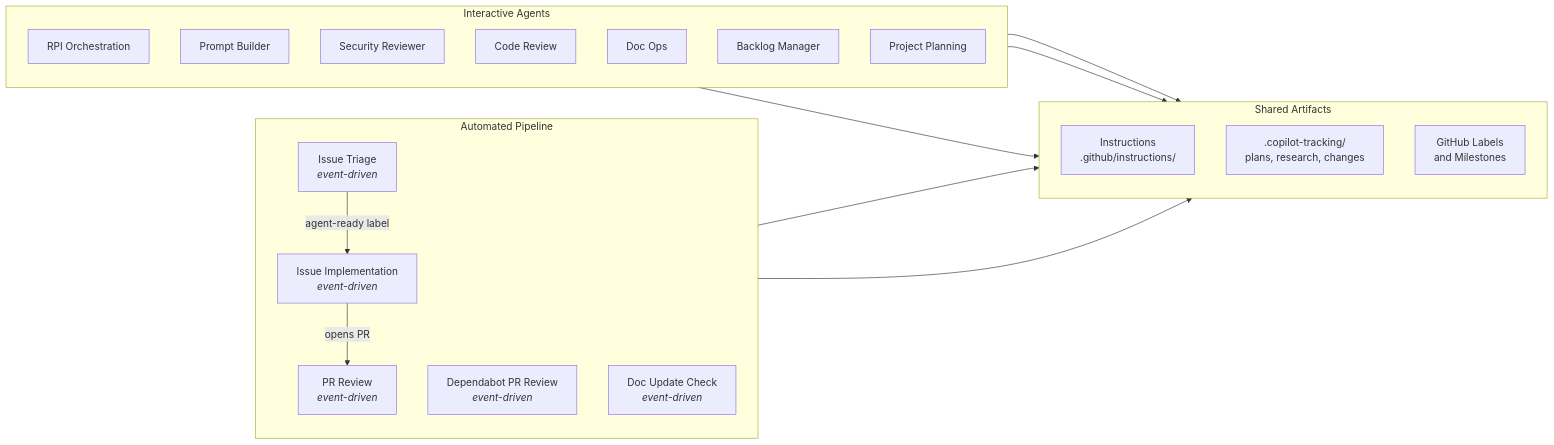
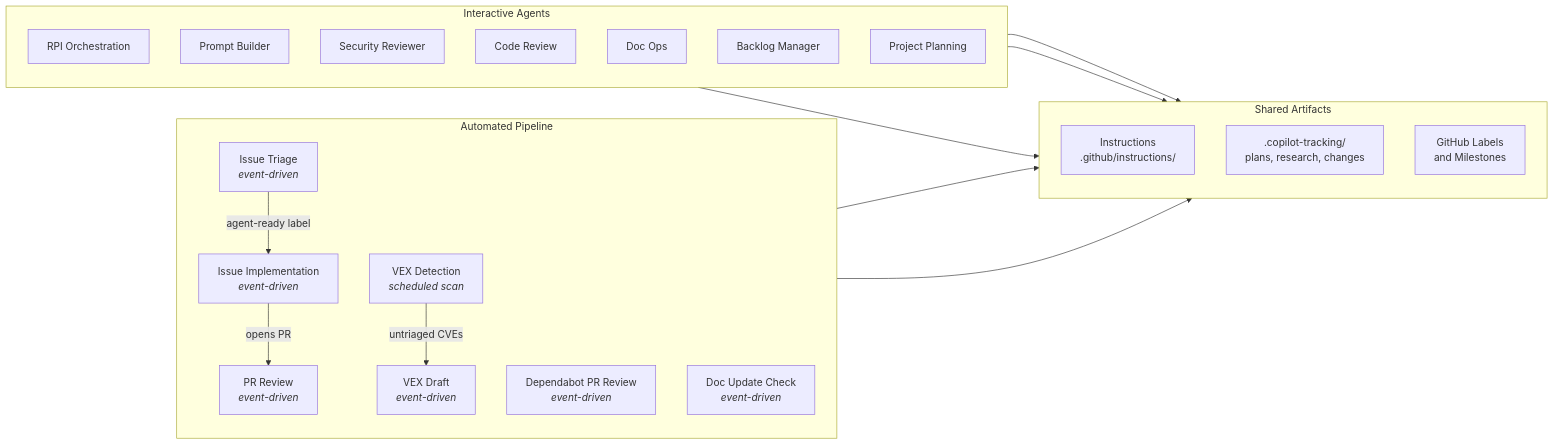
One commit to microsoft/hve-core changed the third of 3 diagrams in docs/architecture/agentic-workflows.md. Above: the diagram before and after it, drawn with Mermaid. The commit also changed other lines of this file and 1 other file, not shown here.

First line of the commit message:
docs(architecture): document VEX workflows and release attestation

````diff
--- a/docs/architecture/agentic-workflows.md
+++ b/docs/architecture/agentic-workflows.md
@@ -207,37 +209,40 @@
 ```mermaid
 flowchart LR
     subgraph AUTOMATED["Automated Pipeline"]
         direction TB
         TRIAGE["Issue Triage<br/><i>event-driven</i>"]
         IMPL["Issue Implementation<br/><i>event-driven</i>"]
         REVIEW["PR Review<br/><i>event-driven</i>"]
         DEPEND["Dependabot PR Review<br/><i>event-driven</i>"]
         DOCS["Doc Update Check<br/><i>event-driven</i>"]
+        VEX_DETECT["VEX Detection<br/><i>scheduled scan</i>"]
+        VEX_DRAFT["VEX Draft<br/><i>event-driven</i>"]
         TRIAGE -- "agent-ready label" --> IMPL
         IMPL -- "opens PR" --> REVIEW
+        VEX_DETECT -- "untriaged CVEs" --> VEX_DRAFT
     end
 
     subgraph INTERACTIVE["Interactive Agents"]
         direction TB
         RPI["RPI Orchestration"]
         PB["Prompt Builder"]
         SR["Security Reviewer"]
         CR["Code Review"]
         DOC["Doc Ops"]
         BM["Backlog Manager"]
         PP["Project Planning"]
     end
 
     subgraph ARTIFACTS["Shared Artifacts"]
         direction TB
         INST["Instructions<br/>.github/instructions/"]
         TRACK[".copilot-tracking/<br/>plans, research, changes"]
         LABELS["GitHub Labels<br/>and Milestones"]
     end
 
     AUTOMATED --> INST
     INTERACTIVE --> INST
     RPI --> TRACK
     BM --> LABELS
     TRIAGE --> LABELS
 ```
````
